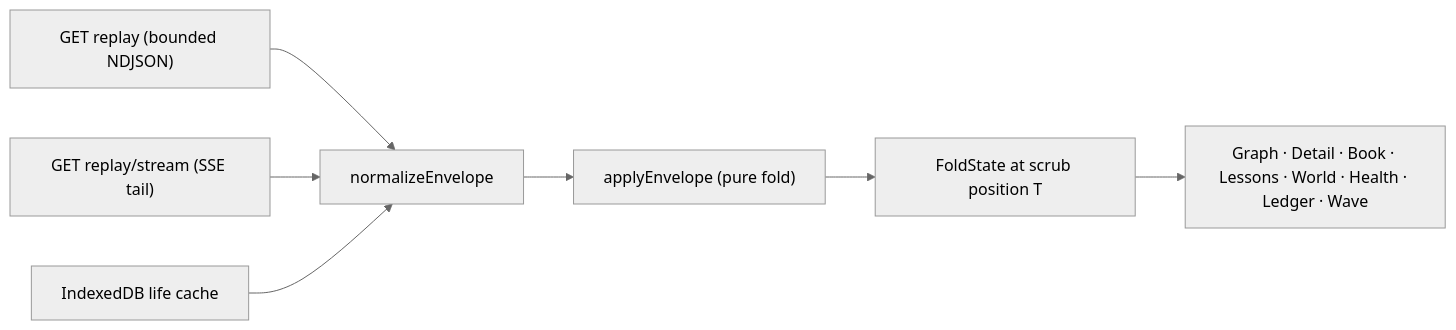
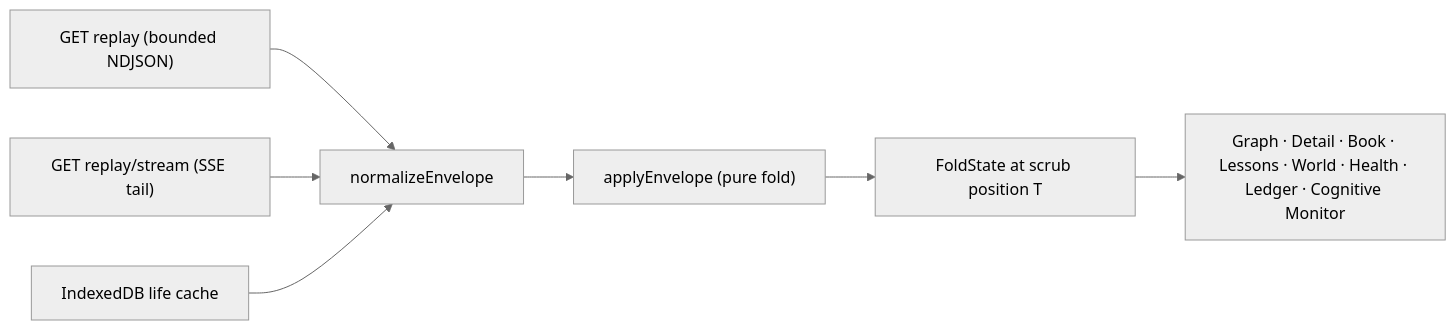
The third of 4 diagrams in docs/architecture.md (lpalbou/AbstractEntity), drawn with Mermaid (neutral theme) before and after one commit. The commit also changed other lines of this file and 12 other files, not shown here.

````diff
--- a/docs/architecture.md
+++ b/docs/architecture.md
@@ -91,9 +91,9 @@
 ```mermaid
 flowchart LR
   R["GET replay (bounded NDJSON)"] --> N[normalizeEnvelope]
   T["GET replay/stream (SSE tail)"] --> N
   C["IndexedDB life cache"] --> N
   N --> F["applyEnvelope (pure fold)"]
   F --> S["FoldState at scrub position T"]
-  S --> V["Graph · Detail · Book · Lessons · World · Health · Ledger · Wave"]
+  S --> V["Graph · Detail · Book · Lessons · World · Health · Ledger · Cognitive Monitor"]
 ```
````
